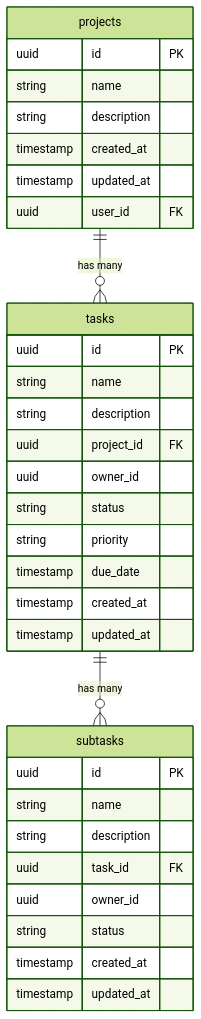
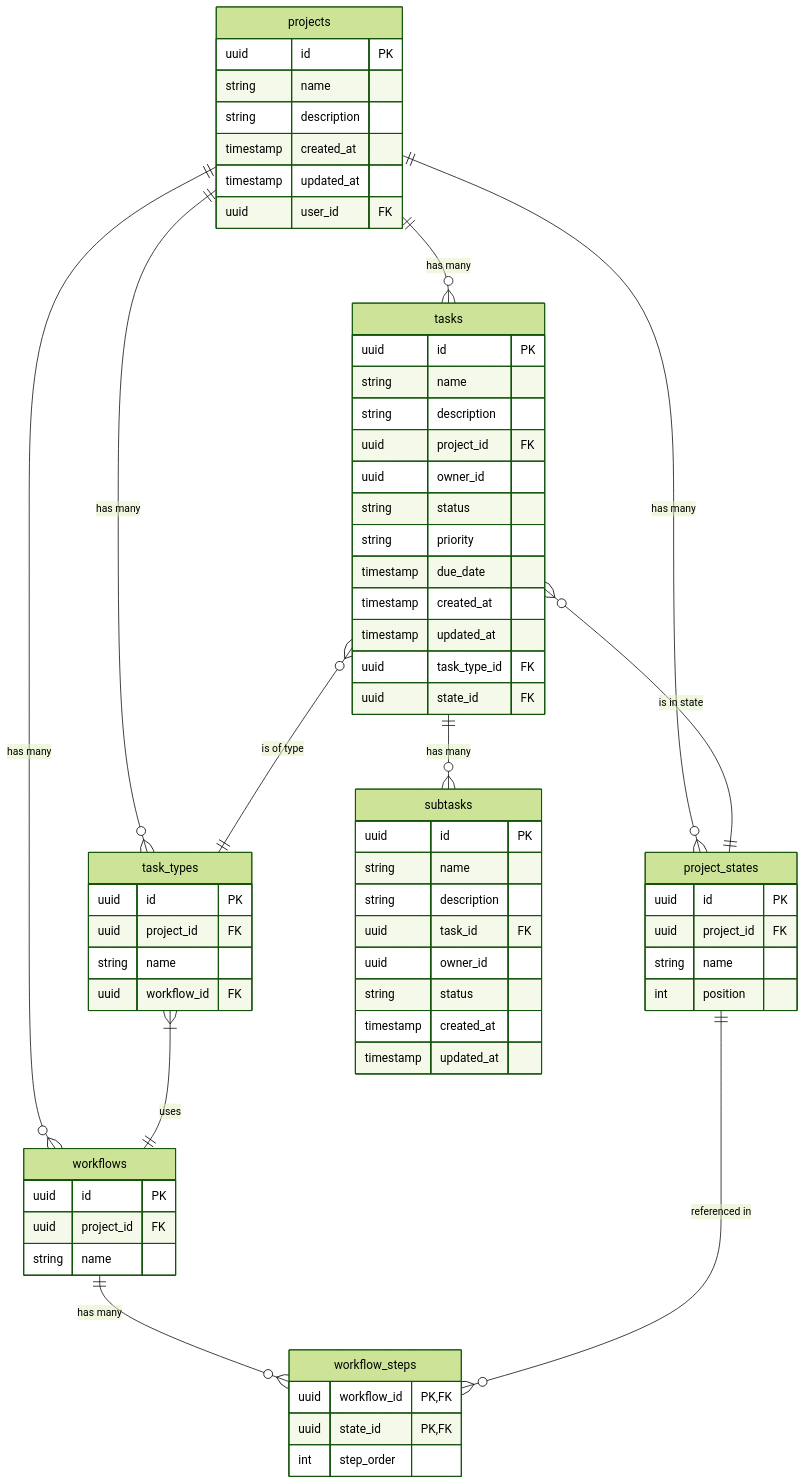
The diagram in docs/architecture/db.md (chrisrneal/task-manager), drawn with Mermaid (forest theme) before and after one commit. The commit also changed other lines of this file and 3 other files, not shown here.

Commit message:
Create database migrations and update TypeScript types

````diff
--- a/docs/architecture/db.md
+++ b/docs/architecture/db.md
@@ -7,38 +7,74 @@
 ```mermaid
 erDiagram
     projects {
         uuid id PK
         string name
         string description
         timestamp created_at
         timestamp updated_at
         uuid user_id FK
+    }
+    
+    project_states {
+        uuid id PK
+        uuid project_id FK
+        string name
+        int position
+    }
+    
+    workflows {
+        uuid id PK
+        uuid project_id FK
+        string name
+    }
+    
+    workflow_steps {
+        uuid workflow_id PK,FK
+        uuid state_id PK,FK
+        int step_order
+    }
+    
+    task_types {
+        uuid id PK
+        uuid project_id FK
+        string name
+        uuid workflow_id FK
     }
     
     tasks {
         uuid id PK
         string name
         string description
         uuid project_id FK
         uuid owner_id
         string status
         string priority
         timestamp due_date
         timestamp created_at
         timestamp updated_at
+        uuid task_type_id FK
+        uuid state_id FK
     }
     
     subtasks {
         uuid id PK
         string name
         string description
         uuid task_id FK
         uuid owner_id
         string status
         timestamp created_at
         timestamp updated_at
     }
     
     projects ||--o{ tasks : "has many"
     tasks ||--o{ subtasks : "has many"
+    projects ||--o{ project_states : "has many"
+    projects ||--o{ workflows : "has many"
+    projects ||--o{ task_types : "has many"
+    workflows ||--o{ workflow_steps : "has many"
+    project_states ||--o{ workflow_steps : "referenced in"
+    task_types }|--|| workflows : "uses"
+    tasks }o--|| task_types : "is of type"
+    tasks }o--|| project_states : "is in state"
 ```
````
